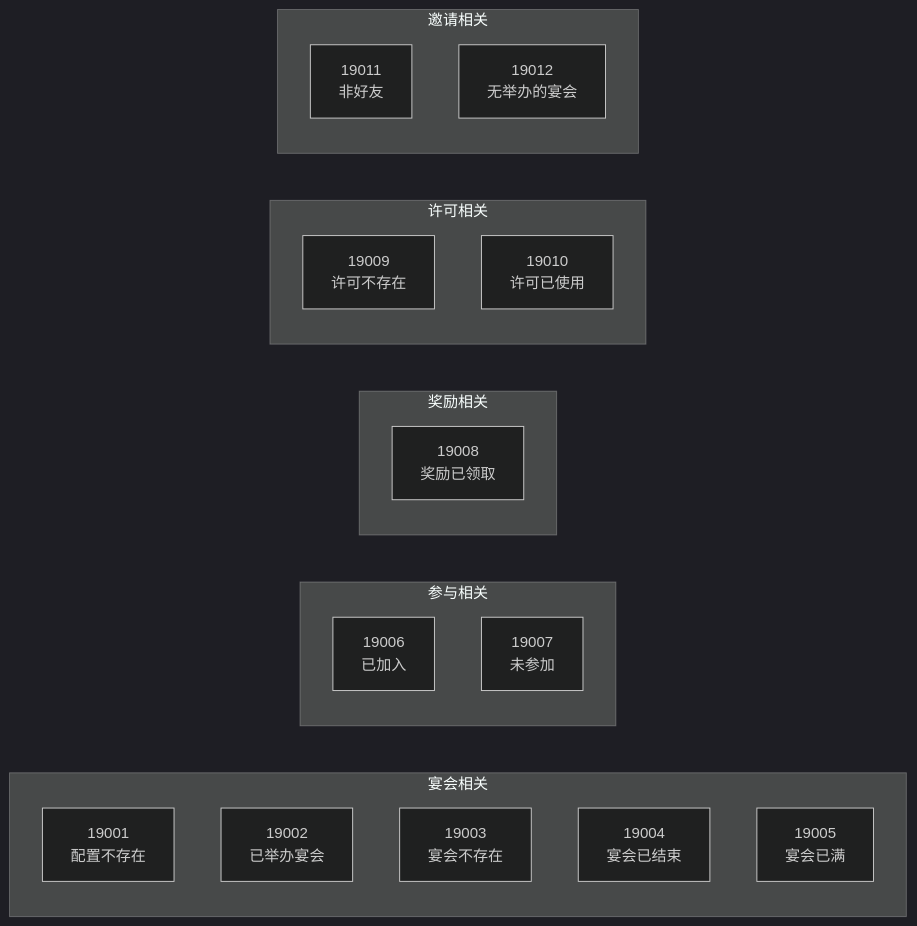
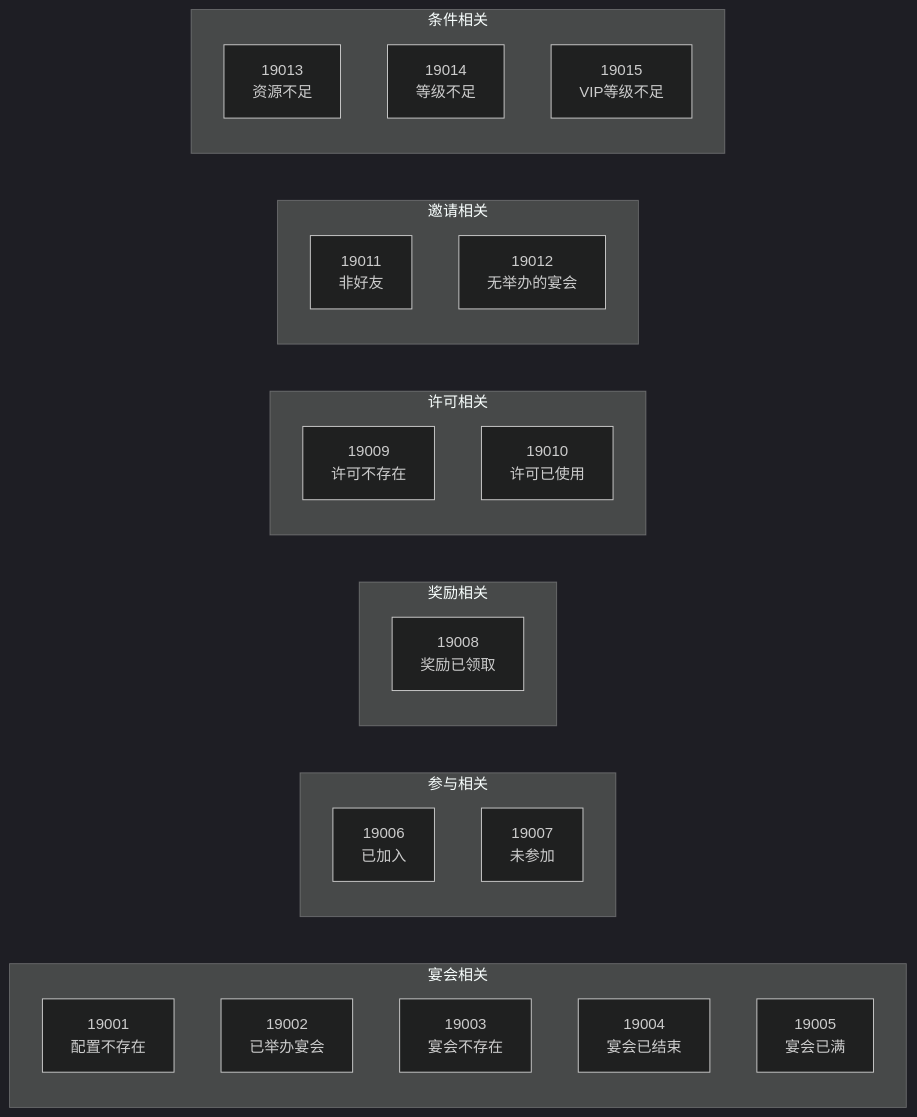
Before and after one commit to Alan-Ben/k2c_game_framework: the tenth of 13 diagrams in docs/Module_Dinner/02_协议文档.md, drawn with Mermaid (dark theme). The commit also changed other lines of this file and 7 other files, not shown here.

````diff
--- a/docs/Module_Dinner/02_协议文档.md
+++ b/docs/Module_Dinner/02_协议文档.md
@@ -718,29 +1324,35 @@
 ```mermaid
 graph LR
     subgraph 宴会相关
         A[19001<br/>配置不存在]
         B[19002<br/>已举办宴会]
         C[19003<br/>宴会不存在]
         D[19004<br/>宴会已结束]
         E[19005<br/>宴会已满]
     end
 
     subgraph 参与相关
         F[19006<br/>已加入]
         G[19007<br/>未参加]
     end
 
     subgraph 奖励相关
         H[19008<br/>奖励已领取]
     end
 
     subgraph 许可相关
         I[19009<br/>许可不存在]
         J[19010<br/>许可已使用]
     end
 
     subgraph 邀请相关
         K[19011<br/>非好友]
         L[19012<br/>无举办的宴会]
     end
+
+    subgraph 条件相关
+        M[19013<br/>资源不足]
+        N[19014<br/>等级不足]
+        O[19015<br/>VIP等级不足]
+    end
 ```
````
